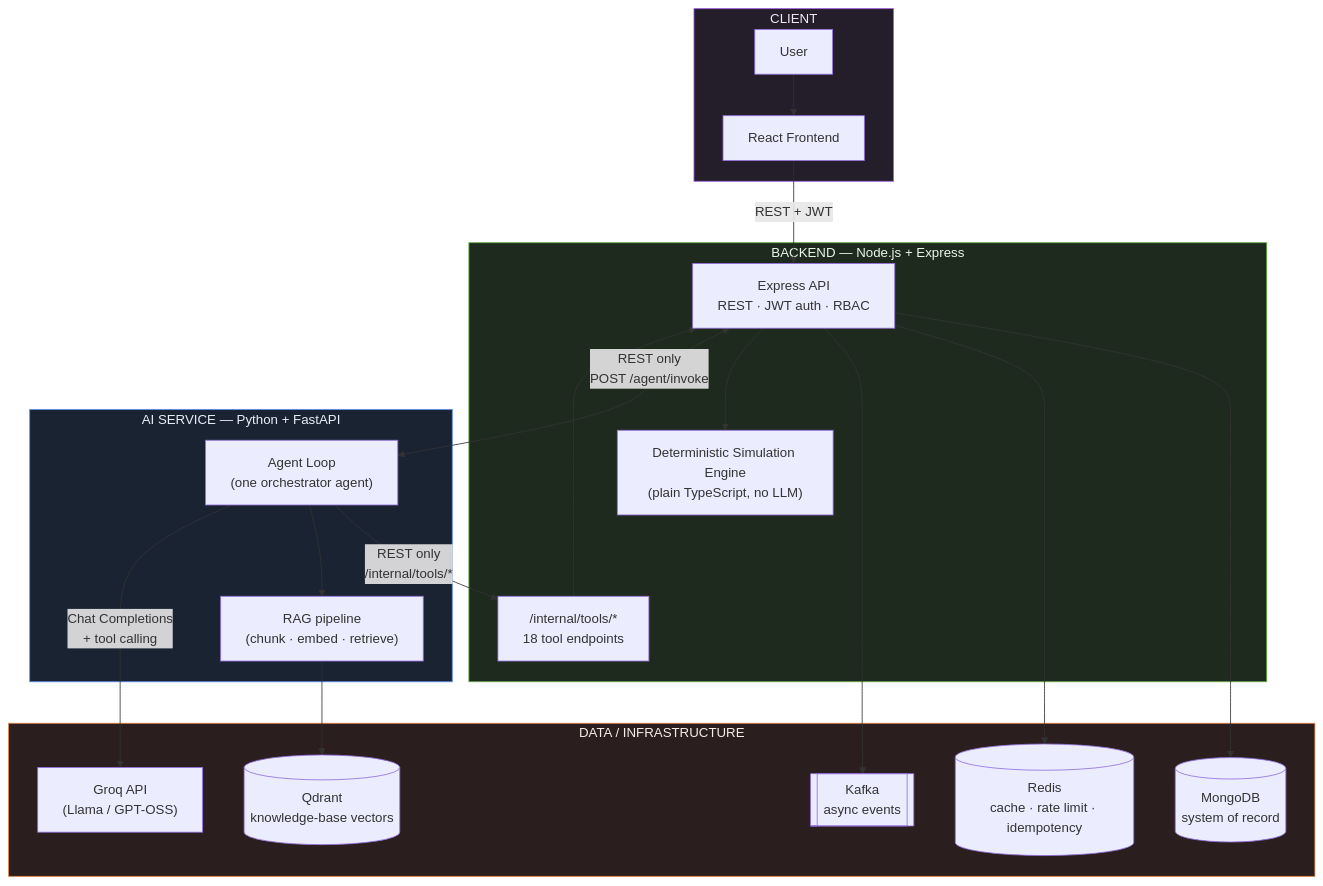
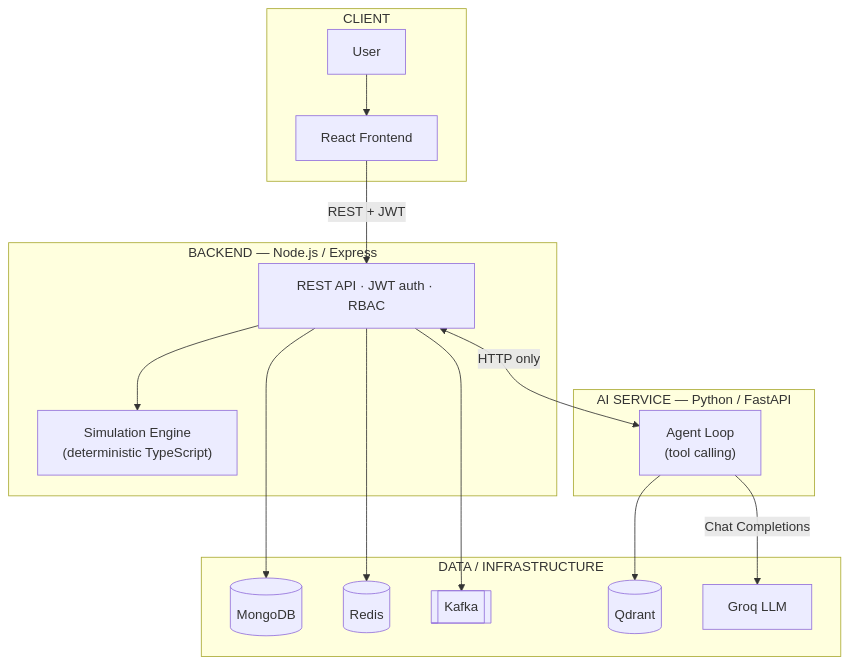
One commit to Ritikamuruganandam06/AI-digital-twin changed the diagram in Claude outputs/README.md. Above: the diagram before and after it, drawn with Mermaid. The commit also changed other lines of this file, not shown here.

````diff
--- a/Claude outputs/README.md
+++ b/Claude outputs/README.md
@@ -47,44 +34,32 @@
 ```mermaid
 flowchart TB
     subgraph CLIENT["CLIENT"]
-        U["User"]
-        FE["React Frontend"]
+        U["User"] --> FE["React Frontend"]
     end
 
-    subgraph BACKEND["BACKEND — Node.js + Express"]
-        BE["Express API<br/>REST · JWT auth · RBAC"]
-        TOOLS["/internal/tools/*<br/>18 tool endpoints"]
-        SIM["Deterministic Simulation Engine<br/>(plain TypeScript, no LLM)"]
+    subgraph BACKEND["BACKEND — Node.js / Express"]
+        BE["REST API · JWT auth · RBAC"]
+        SIM["Simulation Engine\n(deterministic TypeScript)"]
     end
 
-    subgraph AISERVICE["AI SERVICE — Python + FastAPI"]
-        AGENT["Agent Loop<br/>(one orchestrator agent)"]
-        RAGPIPE["RAG pipeline<br/>(chunk · embed · retrieve)"]
+    subgraph AI["AI SERVICE — Python / FastAPI"]
+        AGENT["Agent Loop\n(tool calling)"]
     end
 
     subgraph DATA["DATA / INFRASTRUCTURE"]
-        MDB[("MongoDB<br/>system of record")]
-        RDS[("Redis<br/>cache · rate limit · idempotency")]
-        KFK[["Kafka<br/>async events"]]
-        QD[("Qdrant<br/>knowledge-base vectors")]
-        GROQ["Groq API<br/>(Llama / GPT-OSS)"]
+        MDB[("MongoDB")]
+        RDS[("Redis")]
+        KFK[["Kafka"]]
+        QD[("Qdrant")]
+        GROQ["Groq LLM"]
     end
 
-    U --> FE
     FE -->|"REST + JWT"| BE
     BE --> MDB
     BE --> RDS
     BE --> KFK
     BE --> SIM
-    BE <-->|"REST only<br/>POST /agent/invoke"| AGENT
-    AGENT -->|"REST only<br/>/internal/tools/*"| TOOLS
-    TOOLS --> BE
-    AGENT --> RAGPIPE
-    RAGPIPE --> QD
-    AGENT -->|"Chat Completions<br/>+ tool calling"| GROQ
-
-    style AISERVICE fill:#1a2332,stroke:#5b8def,color:#e8eef7
-    style BACKEND fill:#1e2a1e,stroke:#6ab04c,color:#e8f7e8
-    style DATA fill:#2a1e1e,stroke:#e08040,color:#f7ede8
-    style CLIENT fill:#231e2a,stroke:#a05be0,color:#f0e8f7
+    BE <-->|"HTTP only"| AGENT
+    AGENT -->|"Chat Completions"| GROQ
+    AGENT --> QD
 ```
````
